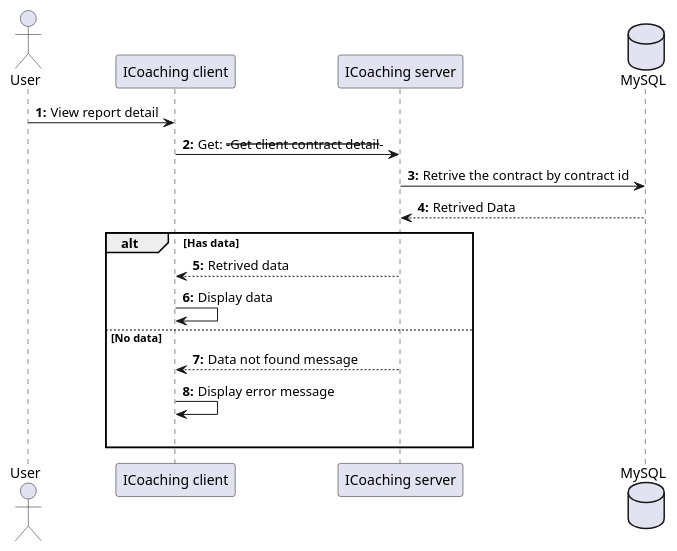
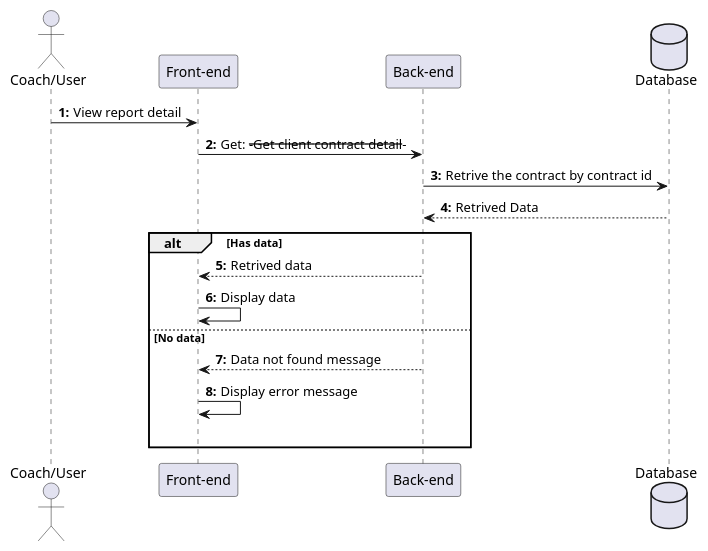
One commit to HTPhong-276/iCoaching-Diagrams changed the diagram in Sequences_diagrams/ViewContractDetail.pu. Above: the diagram before and after it, drawn with PlantUML. The commit also changed 25 other files, not shown here.

```diff
--- a/Sequences_diagrams/ViewContractDetail.pu
+++ b/Sequences_diagrams/ViewContractDetail.pu
@@ -1,24 +1,24 @@
 @startuml ViewContractDetail
 
-actor User as user
-participant "ICoaching client" as client
-participant "ICoaching server" as server 
-database "MySQL" as db
+actor "Coach/User" as user
+participant "Front-end" as client
+participant "Back-end" as server 
+database "Database" as db
 
 autonumber "<b>0:"
 
 user -> client : View report detail
 client -> server : Get: ---Get client contract detail--- 
 server -> db : Retrive the contract by contract id
 db --> server : Retrived Data
 
 alt Has data
     server --> client : Retrived data
     client -> client : Display data
 
 else No data
     server --> client : Data not found message
     client -> client : Display error message 
     |||
 end 
 @enduml
```
